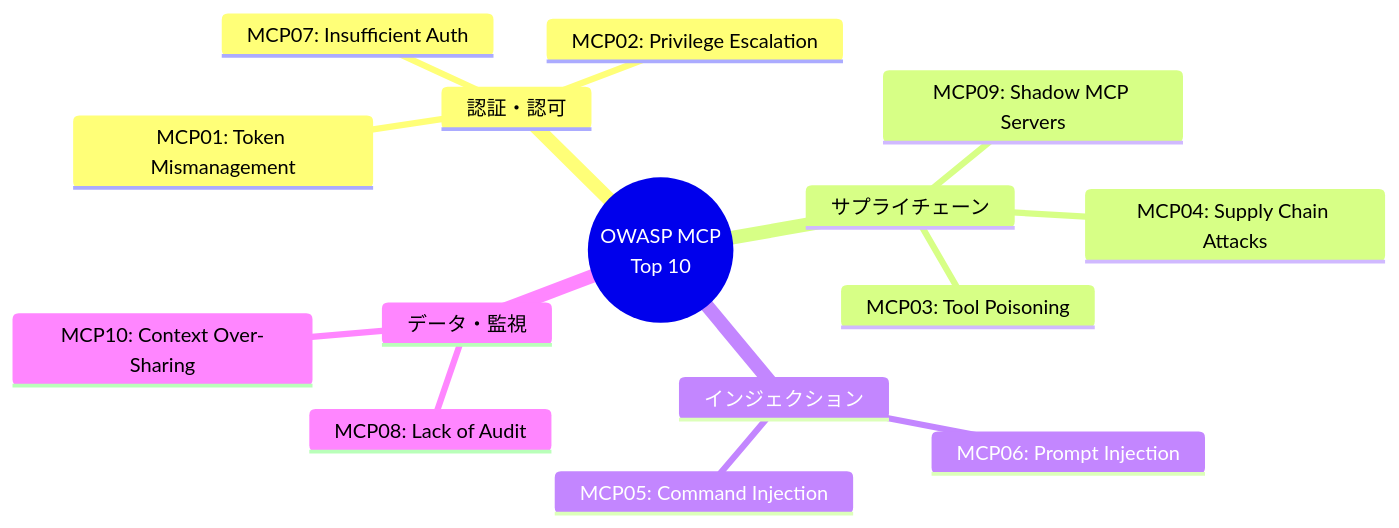
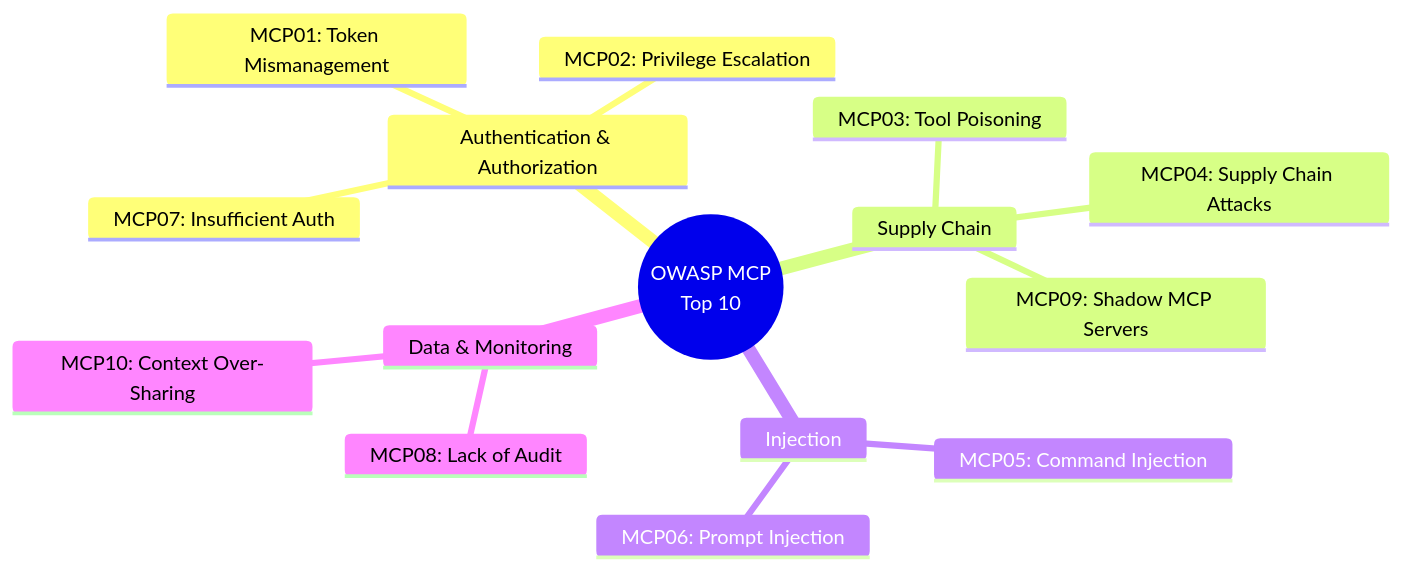
The first of 6 diagrams in docs/mcp/security.md (shuji-bonji/ai-agent-architecture), drawn with Mermaid before and after one commit. The commit also changed other lines of this file and 42 other files, not shown here.

````diff
--- a/docs/mcp/security.md
+++ b/docs/mcp/security.md
@@ -36,18 +38,18 @@
 ```mermaid
 mindmap
   root((OWASP MCP<br/>Top 10))
-    認証・認可
+    Authentication & Authorization
       MCP01: Token Mismanagement
       MCP02: Privilege Escalation
       MCP07: Insufficient Auth
-    サプライチェーン
+    Supply Chain
       MCP03: Tool Poisoning
       MCP04: Supply Chain Attacks
       MCP09: Shadow MCP Servers
-    インジェクション
+    Injection
       MCP05: Command Injection
       MCP06: Prompt Injection
-    データ・監視
+    Data & Monitoring
       MCP08: Lack of Audit
       MCP10: Context Over-Sharing
 ```
````
